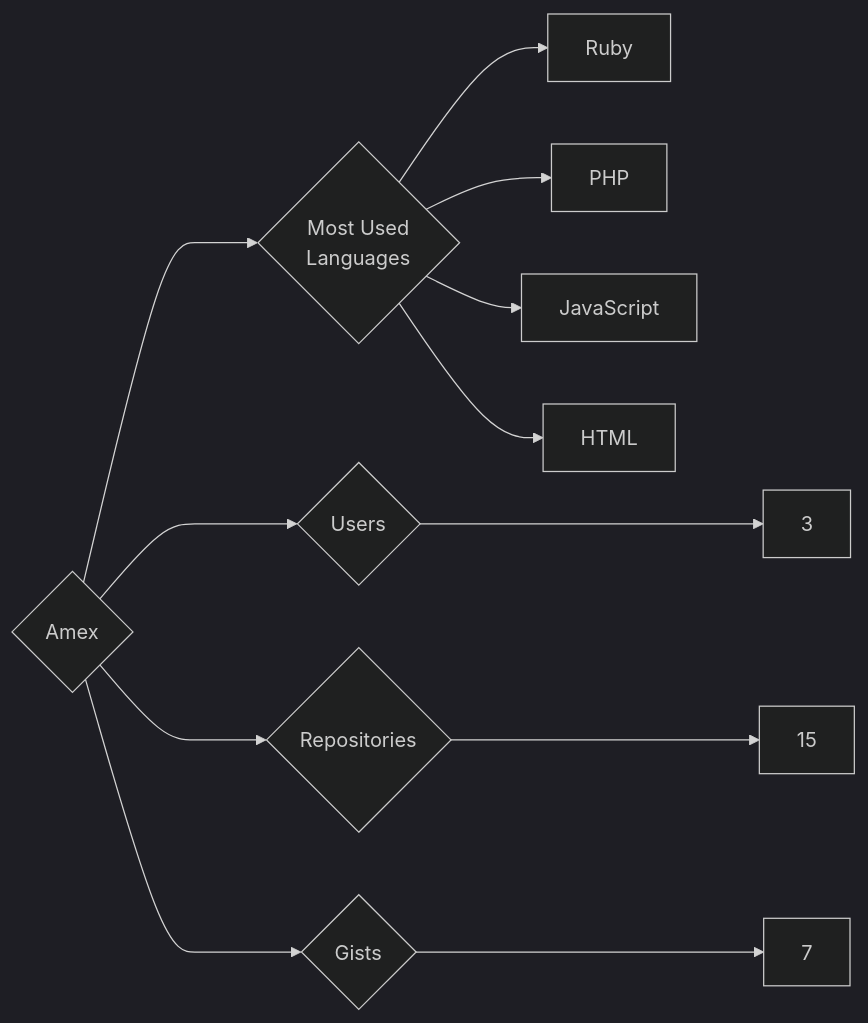
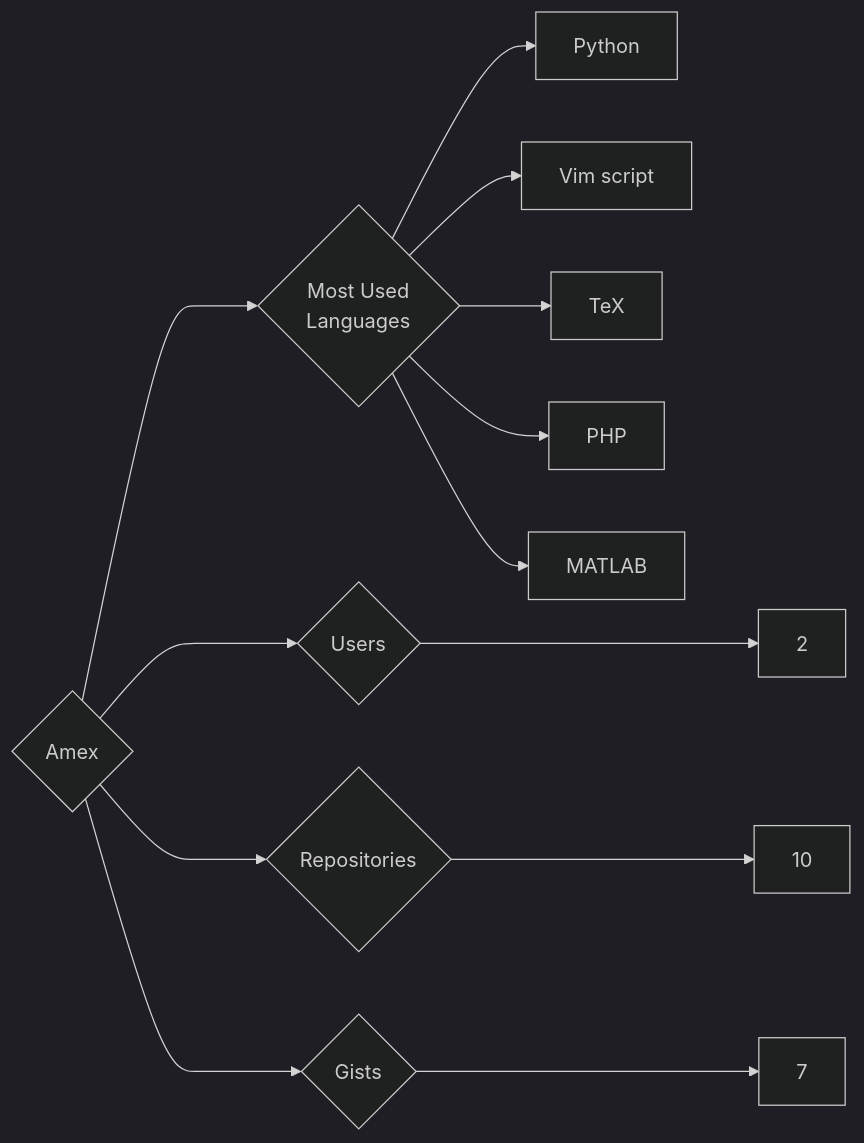
One commit to trickest/insiders changed the diagram in targets/Amex/README.md. Above: the diagram before and after it, drawn with Mermaid (dark theme). The commit also changed 874 other files, not shown here.

````diff
--- a/targets/Amex/README.md
+++ b/targets/Amex/README.md
@@ -3,12 +3,13 @@
 ```mermaid
 graph LR
 COMPANY_NAME{Amex}
-COMPANY_NAME ---> U{Users} ---> UN[3]
-COMPANY_NAME ---> R{Repositories} ---> RN[15]
+COMPANY_NAME ---> U{Users} ---> UN[2]
+COMPANY_NAME ---> R{Repositories} ---> RN[10]
 COMPANY_NAME ---> G{Gists} ---> GN[7]
 COMPANY_NAME ---> ML{Most Used<br>Languages}
-ML --> Ruby[Ruby]
+ML --> Python[Python]
+ML --> Vim_script[Vim script]
+ML --> TeX[TeX]
 ML --> PHP[PHP]
-ML --> JavaScript[JavaScript]
-ML --> HTML[HTML]
+ML --> MATLAB[MATLAB]
 ```
````
